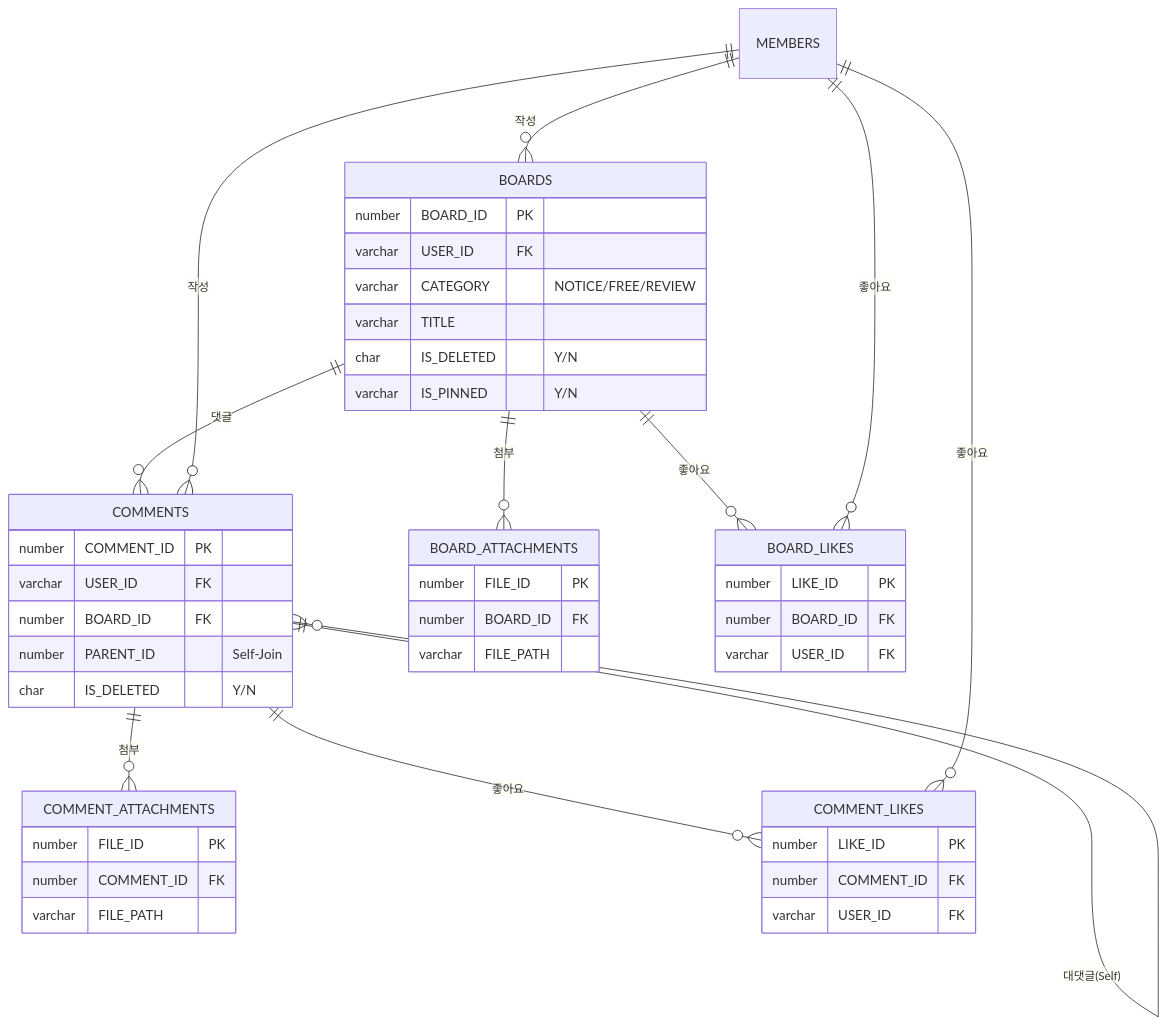
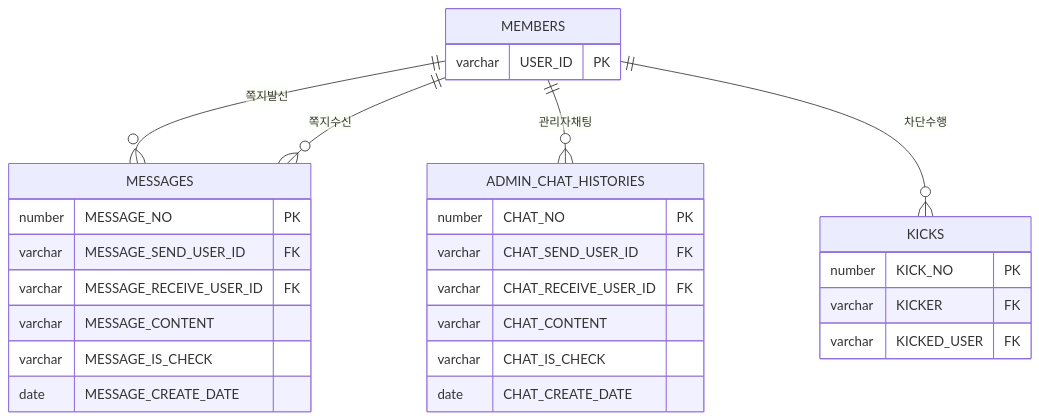
One commit to KJH-Portfolio/202511-stray-dog-volunteer changed the sixth of 6 diagrams in erd.md. Above: the diagram before and after it, drawn with Mermaid. The commit also changed other lines of this file and 3 other files, not shown here.

````diff
--- a/erd.md
+++ b/erd.md
@@ -471,49 +599,32 @@
 ```mermaid
 erDiagram
-    BOARDS {
-        number  BOARD_ID PK
-        varchar USER_ID FK
-        varchar CATEGORY "NOTICE/FREE/REVIEW"
-        varchar TITLE
-        char    IS_DELETED "Y/N"
-        varchar IS_PINNED "Y/N"
+    MEMBERS {
+        varchar USER_ID PK
     }
-    COMMENTS {
-        number  COMMENT_ID PK
-        varchar USER_ID FK
-        number  BOARD_ID FK
-        number  PARENT_ID "Self-Join"
-        char    IS_DELETED "Y/N"
+    MESSAGES {
+        number MESSAGE_NO PK
+        varchar MESSAGE_SEND_USER_ID FK
+        varchar MESSAGE_RECEIVE_USER_ID FK
+        varchar MESSAGE_CONTENT
+        varchar MESSAGE_IS_CHECK
+        date MESSAGE_CREATE_DATE
     }
-    BOARD_ATTACHMENTS {
-        number  FILE_ID PK
-        number  BOARD_ID FK
-        varchar FILE_PATH
+    ADMIN_CHAT_HISTORIES {
+        number CHAT_NO PK
+        varchar CHAT_SEND_USER_ID FK
+        varchar CHAT_RECEIVE_USER_ID FK
+        varchar CHAT_CONTENT
+        varchar CHAT_IS_CHECK
+        date CHAT_CREATE_DATE
     }
-    BOARD_LIKES {
-        number  LIKE_ID PK
-        number  BOARD_ID FK
-        varchar USER_ID FK
-    }
-    COMMENT_ATTACHMENTS {
-        number  FILE_ID PK
-        number  COMMENT_ID FK
-        varchar FILE_PATH
-    }
-    COMMENT_LIKES {
-        number  LIKE_ID PK
-        number  COMMENT_ID FK
-        varchar USER_ID FK
+    KICKS {
+        number KICK_NO PK
+        varchar KICKER FK
+        varchar KICKED_USER FK
     }
 
-    MEMBERS ||--o{ BOARDS : "작성"
-    BOARDS ||--o{ COMMENTS : "댓글"
-    MEMBERS ||--o{ COMMENTS : "작성"
-    COMMENTS ||--o{ COMMENTS : "대댓글(Self)"
-    BOARDS ||--o{ BOARD_ATTACHMENTS : "첨부"
-    BOARDS ||--o{ BOARD_LIKES : "좋아요"
-    MEMBERS ||--o{ BOARD_LIKES : "좋아요"
-    COMMENTS ||--o{ COMMENT_ATTACHMENTS : "첨부"
-    COMMENTS ||--o{ COMMENT_LIKES : "좋아요"
-    MEMBERS ||--o{ COMMENT_LIKES : "좋아요"
+    MEMBERS ||--o{ MESSAGES : "쪽지발신"
+    MEMBERS ||--o{ MESSAGES : "쪽지수신"
+    MEMBERS ||--o{ ADMIN_CHAT_HISTORIES : "관리자채팅"
+    MEMBERS ||--o{ KICKS : "차단수행"
 ```
````
